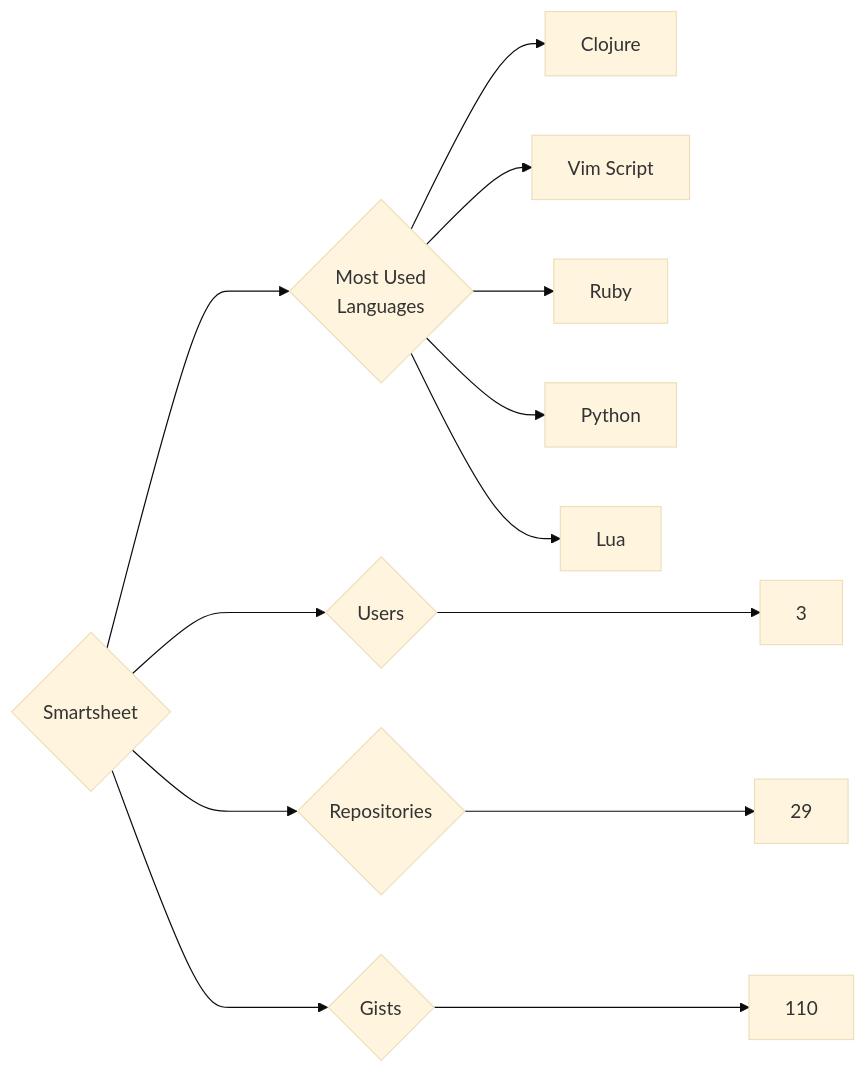
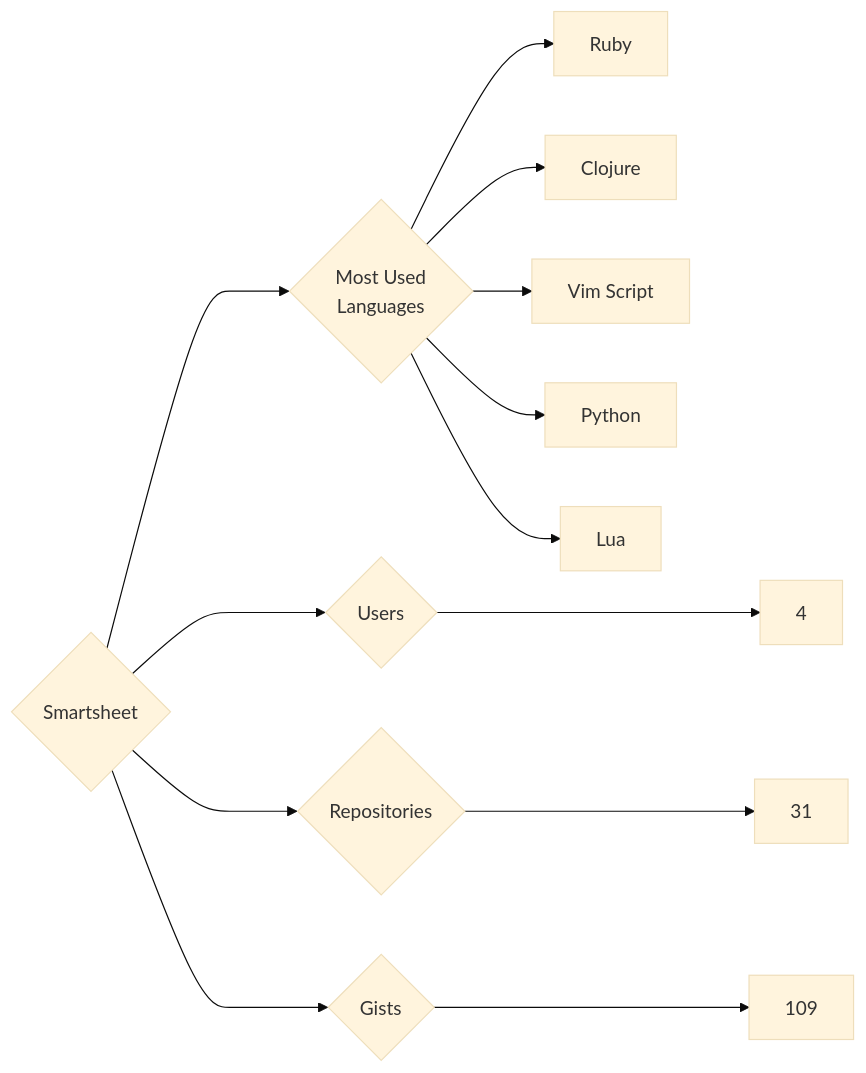
The diagram in targets/Smartsheet/README.md (trickest/insiders), drawn with Mermaid (base theme) before and after one commit. The commit also changed 1496 other files, not shown here.

````diff
--- a/targets/Smartsheet/README.md
+++ b/targets/Smartsheet/README.md
@@ -3,13 +3,13 @@
 ```mermaid
 graph LR
 COMPANY_NAME{Smartsheet}
-COMPANY_NAME ---> U{Users} ---> UN[3]
-COMPANY_NAME ---> R{Repositories} ---> RN[29]
-COMPANY_NAME ---> G{Gists} ---> GN[110]
+COMPANY_NAME ---> U{Users} ---> UN[4]
+COMPANY_NAME ---> R{Repositories} ---> RN[31]
+COMPANY_NAME ---> G{Gists} ---> GN[109]
 COMPANY_NAME ---> ML{Most Used<br>Languages}
+ML --> Ruby[Ruby]
 ML --> Clojure[Clojure]
 ML --> Vim_Script[Vim Script]
-ML --> Ruby[Ruby]
 ML --> Python[Python]
 ML --> Lua[Lua]
 ```
````
